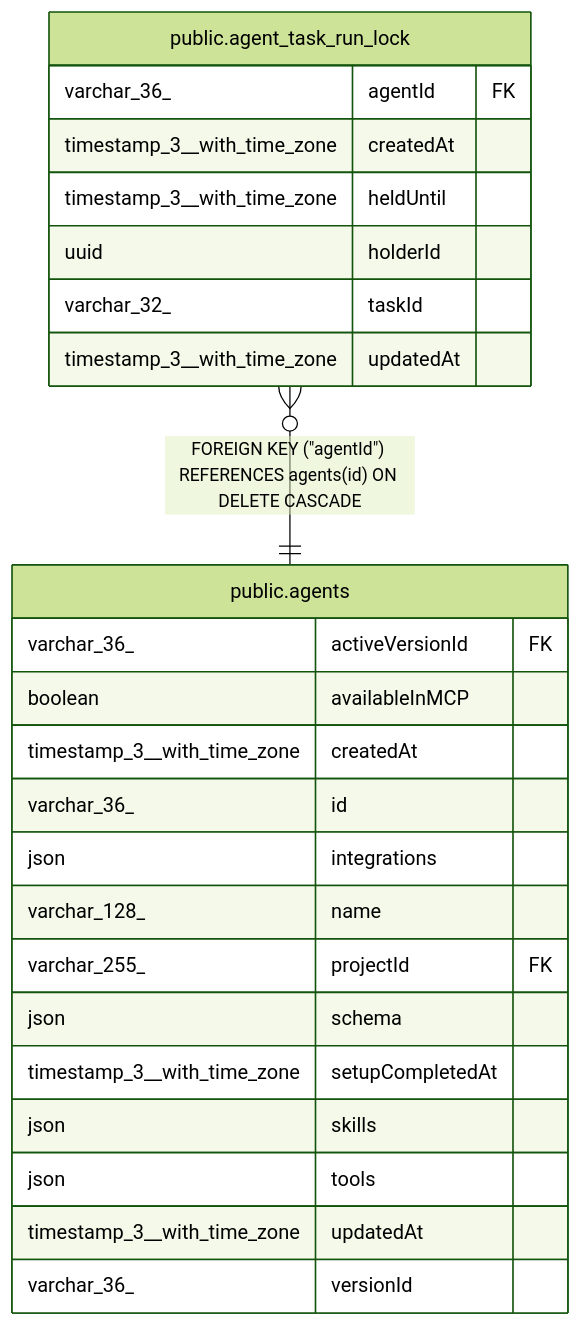
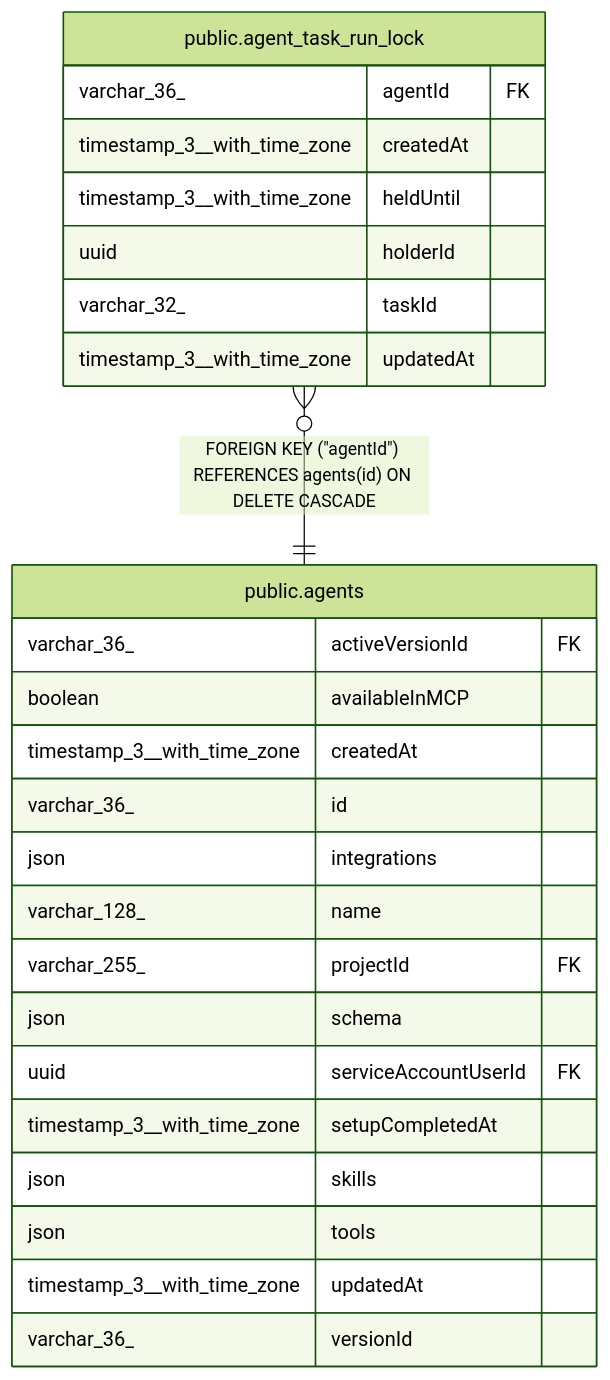
Before and after one commit to mayankjain1815-commits/n8n: the diagram in docs/generated/postgres-schema/public.agent_task_run_lock.md, drawn with Mermaid (forest theme). The commit also changed 96 other files, not shown here.

````diff
--- a/docs/generated/postgres-schema/public.agent_task_run_lock.md
+++ b/docs/generated/postgres-schema/public.agent_task_run_lock.md
@@ -35,29 +35,30 @@
 ```mermaid
 erDiagram
 
 "public.agent_task_run_lock" }o--|| "public.agents" : "FOREIGN KEY (#quot;agentId#quot;) REFERENCES agents(id) ON DELETE CASCADE"
 
 "public.agent_task_run_lock" {
   varchar_36_ agentId FK
   timestamp_3__with_time_zone createdAt
   timestamp_3__with_time_zone heldUntil
   uuid holderId
   varchar_32_ taskId
   timestamp_3__with_time_zone updatedAt
 }
 "public.agents" {
   varchar_36_ activeVersionId FK
   boolean availableInMCP
   timestamp_3__with_time_zone createdAt
   varchar_36_ id
   json integrations
   varchar_128_ name
   varchar_255_ projectId FK
   json schema
+  uuid serviceAccountUserId FK
   timestamp_3__with_time_zone setupCompletedAt
   json skills
   json tools
   timestamp_3__with_time_zone updatedAt
   varchar_36_ versionId
 }
 ```
````
